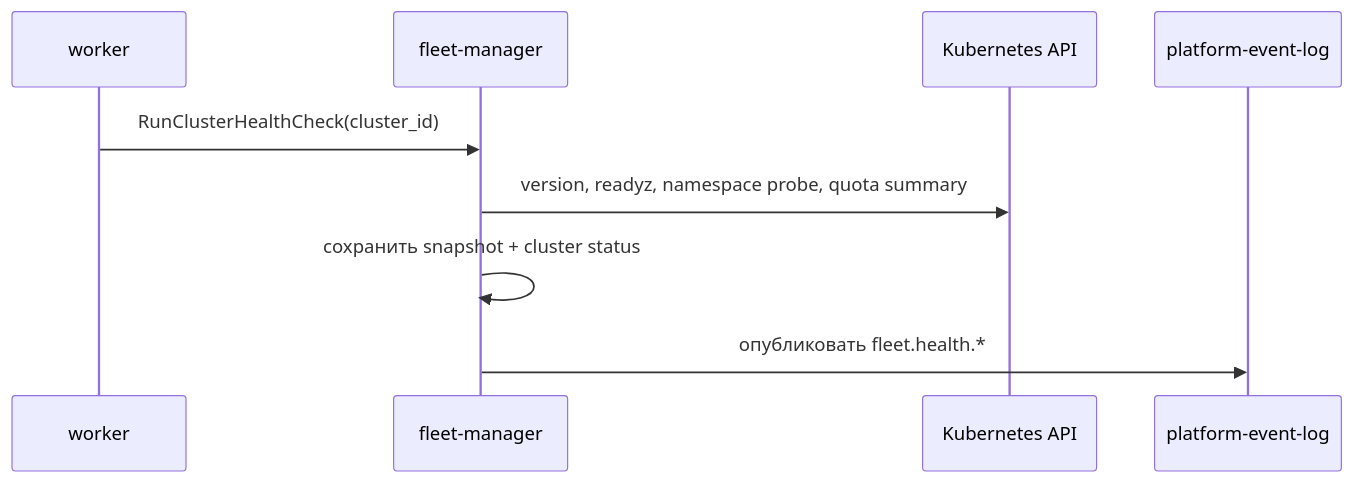
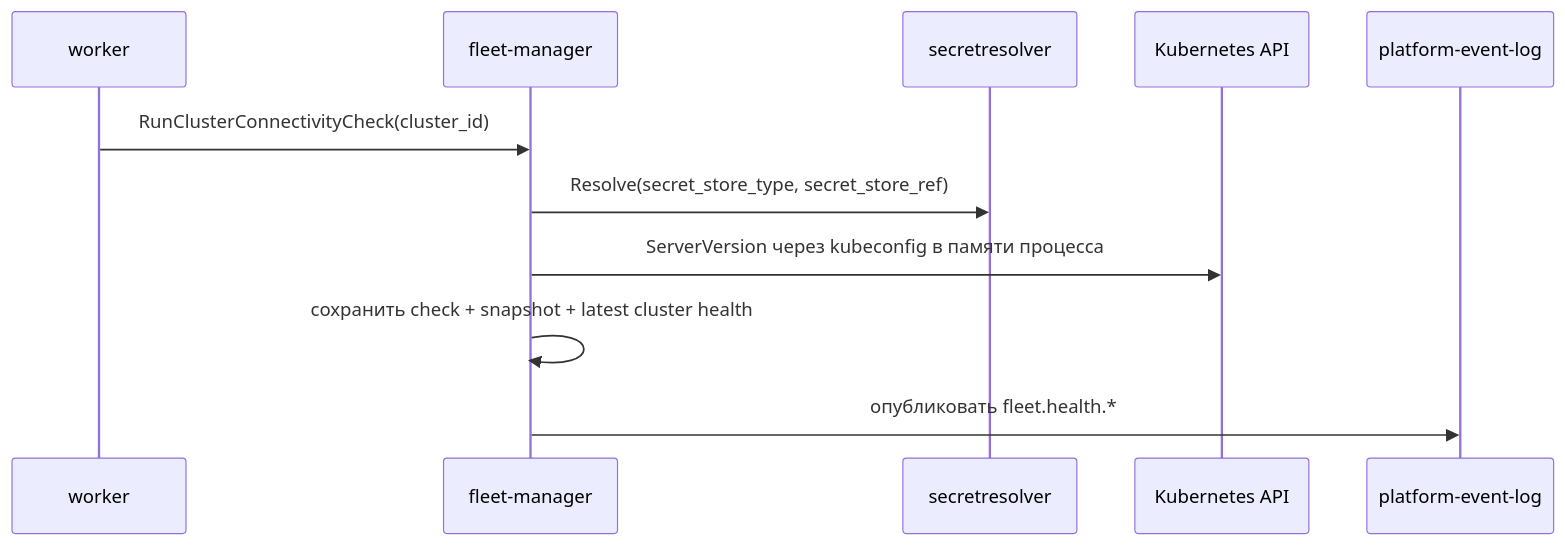
The second of 3 diagrams in docs/domains/runtime-and-fleet/architecture/fleet_manager_design.md (codex-k8s/kodex), drawn with Mermaid before and after one commit. The commit also changed other lines of this file and 38 other files, not shown here.

````diff
--- a/docs/domains/runtime-and-fleet/architecture/fleet_manager_design.md
+++ b/docs/domains/runtime-and-fleet/architecture/fleet_manager_design.md
@@ -137,11 +137,13 @@
 ```mermaid
 sequenceDiagram
   participant W as worker
   participant F as fleet-manager
+  participant S as secretresolver
   participant K as Kubernetes API
   participant E as platform-event-log
-  W->>F: RunClusterHealthCheck(cluster_id)
-  F->>K: version, readyz, namespace probe, quota summary
-  F->>F: сохранить snapshot + cluster status
+  W->>F: RunClusterConnectivityCheck(cluster_id)
+  F->>S: Resolve(secret_store_type, secret_store_ref)
+  F->>K: ServerVersion через kubeconfig в памяти процесса
+  F->>F: сохранить check + snapshot + latest cluster health
   F->>E: опубликовать fleet.health.*
 ```
````
